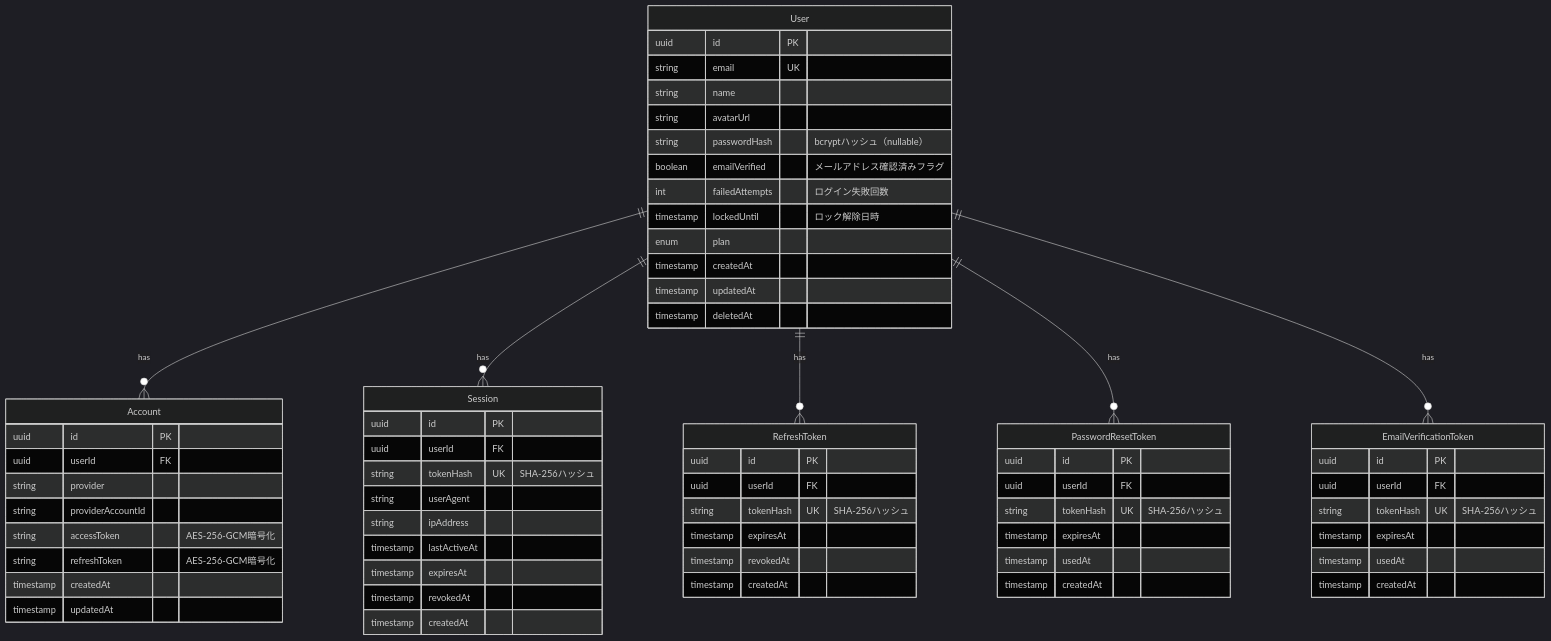
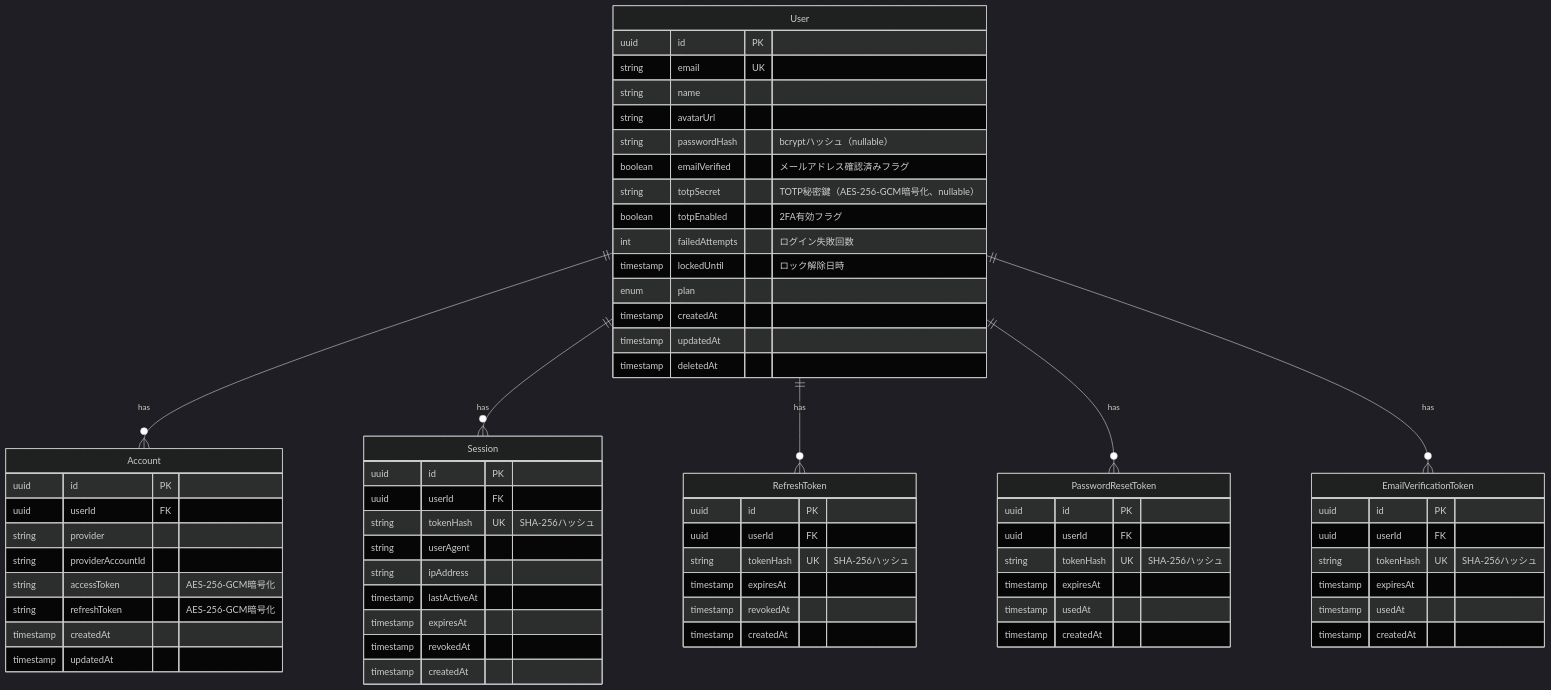
Before and after one commit to tsutsumi389/agentest: the seventh of 13 diagrams in docs/architecture/features/authentication.md, drawn with Mermaid (dark theme). The commit also changed other lines of this file and 46 other files, not shown here.

````diff
--- a/docs/architecture/features/authentication.md
+++ b/docs/architecture/features/authentication.md
@@ -352,73 +399,75 @@
 ```mermaid
 erDiagram
     User ||--o{ Account : "has"
     User ||--o{ Session : "has"
     User ||--o{ RefreshToken : "has"
     User ||--o{ PasswordResetToken : "has"
     User ||--o{ EmailVerificationToken : "has"
 
     User {
         uuid id PK
         string email UK
         string name
         string avatarUrl
         string passwordHash "bcryptハッシュ（nullable）"
         boolean emailVerified "メールアドレス確認済みフラグ"
+        string totpSecret "TOTP秘密鍵（AES-256-GCM暗号化、nullable）"
+        boolean totpEnabled "2FA有効フラグ"
         int failedAttempts "ログイン失敗回数"
         timestamp lockedUntil "ロック解除日時"
         enum plan
         timestamp createdAt
         timestamp updatedAt
         timestamp deletedAt
     }
 
     Account {
         uuid id PK
         uuid userId FK
         string provider
         string providerAccountId
         string accessToken "AES-256-GCM暗号化"
         string refreshToken "AES-256-GCM暗号化"
         timestamp createdAt
         timestamp updatedAt
     }
 
     Session {
         uuid id PK
         uuid userId FK
         string tokenHash UK "SHA-256ハッシュ"
         string userAgent
         string ipAddress
         timestamp lastActiveAt
         timestamp expiresAt
         timestamp revokedAt
         timestamp createdAt
     }
 
     RefreshToken {
         uuid id PK
         uuid userId FK
         string tokenHash UK "SHA-256ハッシュ"
         timestamp expiresAt
         timestamp revokedAt
         timestamp createdAt
     }
 
     PasswordResetToken {
         uuid id PK
         uuid userId FK
         string tokenHash UK "SHA-256ハッシュ"
         timestamp expiresAt
         timestamp usedAt
         timestamp createdAt
     }
 
     EmailVerificationToken {
         uuid id PK
         uuid userId FK
         string tokenHash UK "SHA-256ハッシュ"
         timestamp expiresAt
         timestamp usedAt
         timestamp createdAt
     }
 ```
````
